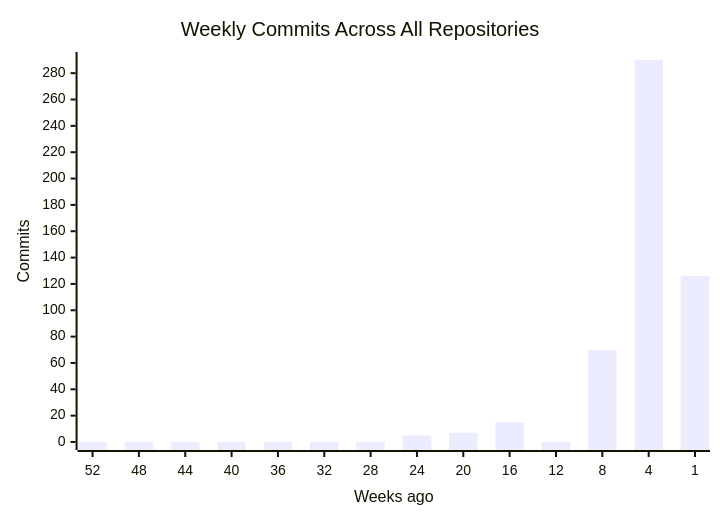
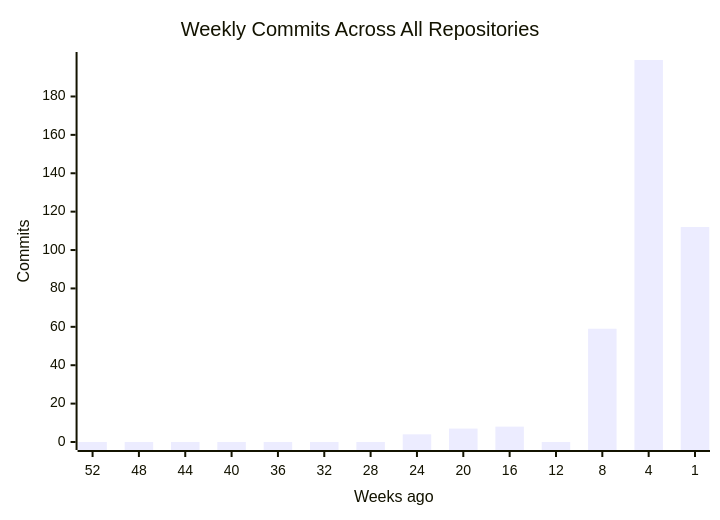
Before and after one commit to CSTH-Projects/.github: the first of 4 diagrams in profile/README.md, drawn with Mermaid. The commit also changed other lines of this file, not shown here.

````diff
--- a/profile/README.md
+++ b/profile/README.md
@@ -16,7 +16,7 @@
 ```mermaid
 xychart-beta
     title "Weekly Commits Across All Repositories"
     x-axis "Weeks ago" [52, 48, 44, 40, 36, 32, 28, 24, 20, 16, 12, 8, 4, 1]
     y-axis "Commits"
-    bar [0, 0, 0, 0, 0, 0, 0, 5, 7, 15, 0, 70, 290, 126]
+    bar [0, 0, 0, 0, 0, 0, 0, 4, 7, 8, 0, 59, 199, 112]
 ```
````
